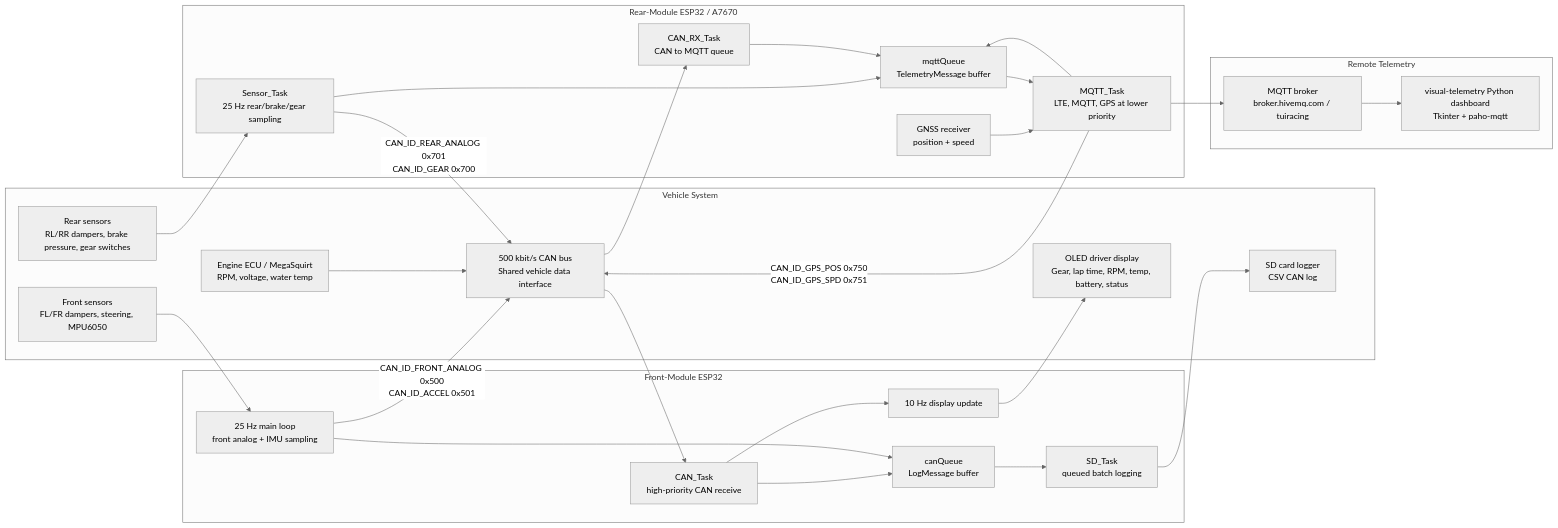
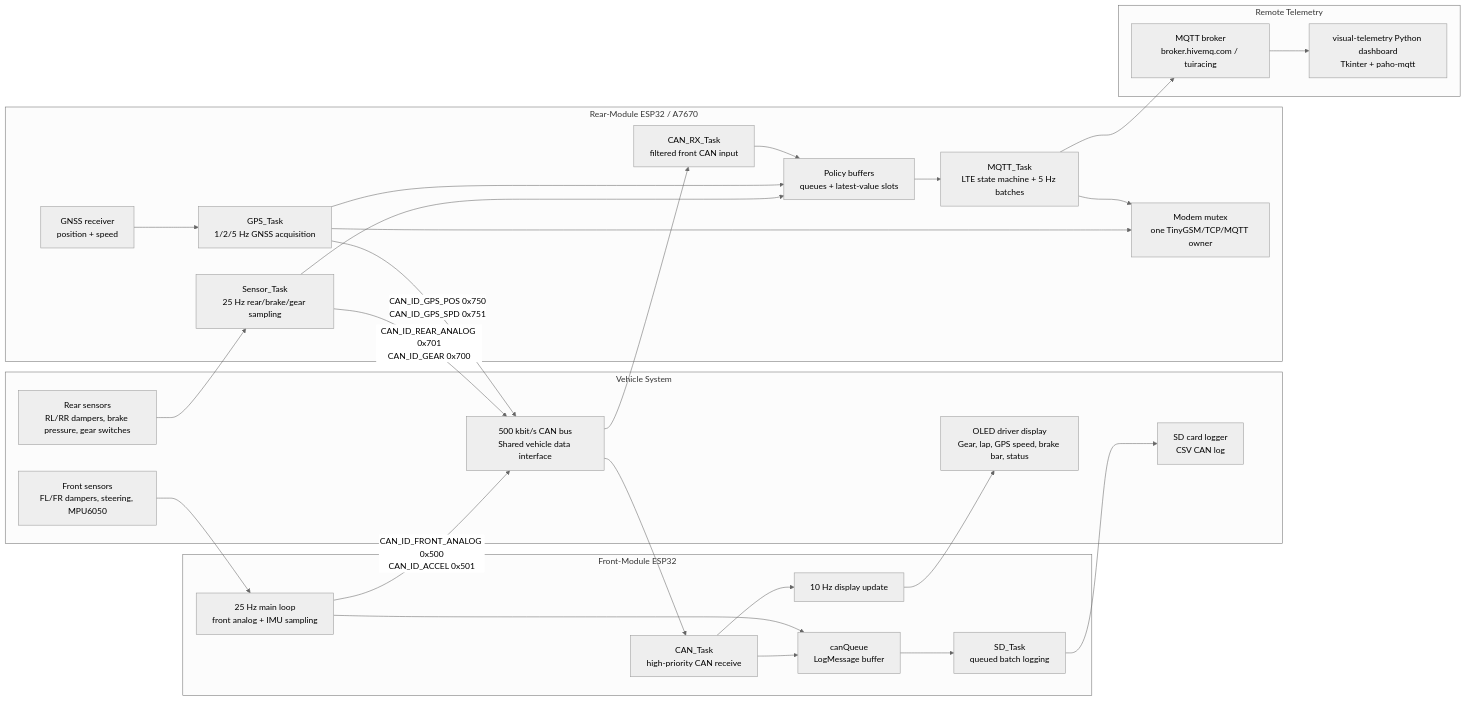
One commit to Vlad-Velnic/Telemetry2026 changed the diagram in docs/software-architecture.md. Above: the diagram before and after it, drawn with Mermaid (neutral theme). The commit also changed other lines of this file and 14 other files, not shown here.

````diff
--- a/docs/software-architecture.md
+++ b/docs/software-architecture.md
@@ -11,50 +11,52 @@
 ```mermaid
 flowchart LR
     subgraph Vehicle["Vehicle System"]
-        ECU["Engine ECU / MegaSquirt<br/>RPM, voltage, water temp"]
         CAN["500 kbit/s CAN bus<br/>Shared vehicle data interface"]
         FrontSensors["Front sensors<br/>FL/FR dampers, steering, MPU6050"]
         RearSensors["Rear sensors<br/>RL/RR dampers, brake pressure, gear switches"]
-        DriverDisplay["OLED driver display<br/>Gear, lap time, RPM, temp, battery, status"]
+        DriverDisplay["OLED driver display<br/>Gear, lap, GPS speed, brake bar, status"]
         SD["SD card logger<br/>CSV CAN log"]
     end
 
     subgraph Front["Front-Module ESP32"]
         FLoop["25 Hz main loop<br/>front analog + IMU sampling"]
         FCANRX["CAN_Task<br/>high-priority CAN receive"]
         FSD["SD_Task<br/>queued batch logging"]
         FOLED["10 Hz display update"]
         FQueue["canQueue<br/>LogMessage buffer"]
     end
 
     subgraph Rear["Rear-Module ESP32 / A7670"]
         RSensors["Sensor_Task<br/>25 Hz rear/brake/gear sampling"]
-        RCANRX["CAN_RX_Task<br/>CAN to MQTT queue"]
-        RModem["MQTT_Task<br/>LTE, MQTT, GPS at lower priority"]
-        RQueue["mqttQueue<br/>TelemetryMessage buffer"]
+        RCANRX["CAN_RX_Task<br/>filtered front CAN input"]
+        RModem["MQTT_Task<br/>LTE state machine + 5 Hz batches"]
+        RQueue["Policy buffers<br/>queues + latest-value slots"]
+        RGPS["GPS_Task<br/>1/2/5 Hz GNSS acquisition"]
+        Mutex["Modem mutex<br/>one TinyGSM/TCP/MQTT owner"]
         GPS["GNSS receiver<br/>position + speed"]
     end
 
     subgraph Cloud["Remote Telemetry"]
         Broker["MQTT broker<br/>broker.hivemq.com / tuiracing"]
         Viewer["visual-telemetry Python dashboard<br/>Tkinter + paho-mqtt"]
     end
 
-    ECU --> CAN
     FrontSensors --> FLoop
     FLoop -->|CAN_ID_FRONT_ANALOG 0x500<br/>CAN_ID_ACCEL 0x501| CAN
     CAN --> FCANRX
     FCANRX --> FQueue
     FLoop --> FQueue
     FQueue --> FSD --> SD
     FCANRX --> FOLED --> DriverDisplay
 
     RearSensors --> RSensors
     RSensors -->|CAN_ID_REAR_ANALOG 0x701<br/>CAN_ID_GEAR 0x700| CAN
     RSensors --> RQueue
-    GPS --> RModem
-    RModem -->|CAN_ID_GPS_POS 0x750<br/>CAN_ID_GPS_SPD 0x751| CAN
-    RModem --> RQueue
+    GPS --> RGPS
+    RGPS -->|CAN_ID_GPS_POS 0x750<br/>CAN_ID_GPS_SPD 0x751| CAN
+    RGPS --> RQueue
+    RGPS --> Mutex
+    RModem --> Mutex
     CAN --> RCANRX --> RQueue
     RQueue --> RModem --> Broker --> Viewer
 ```
````
